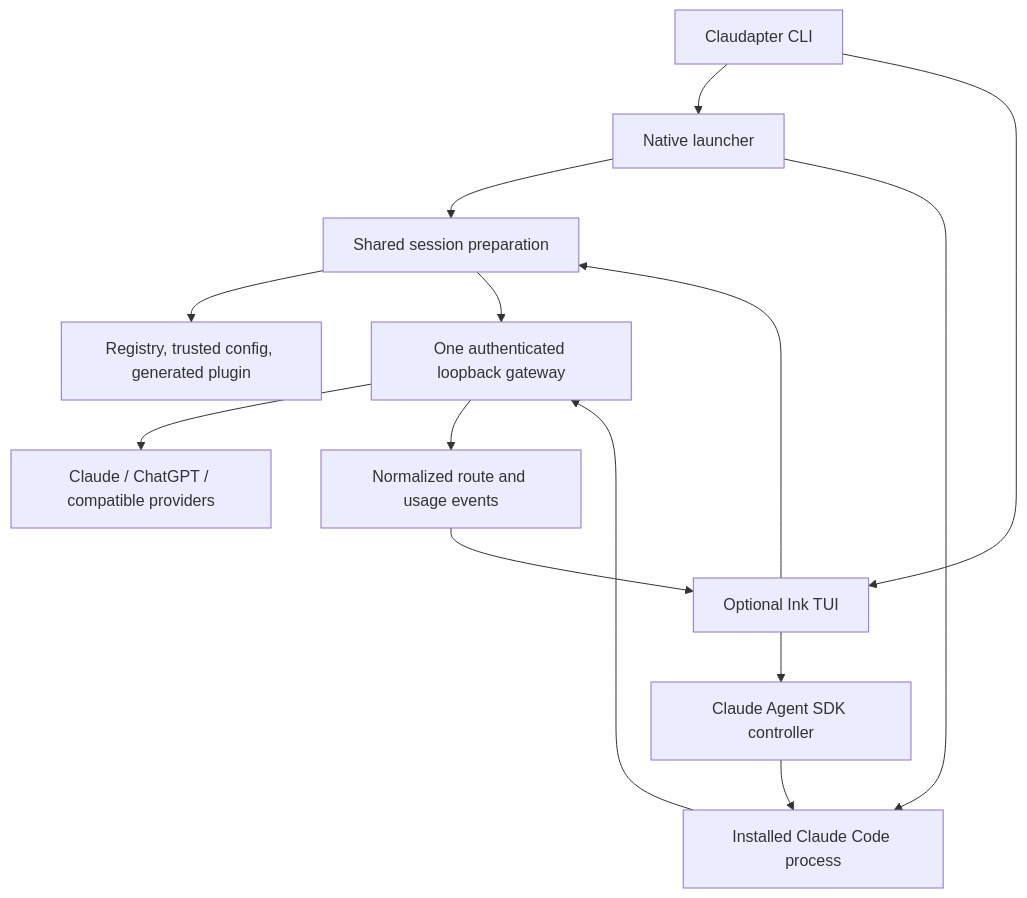
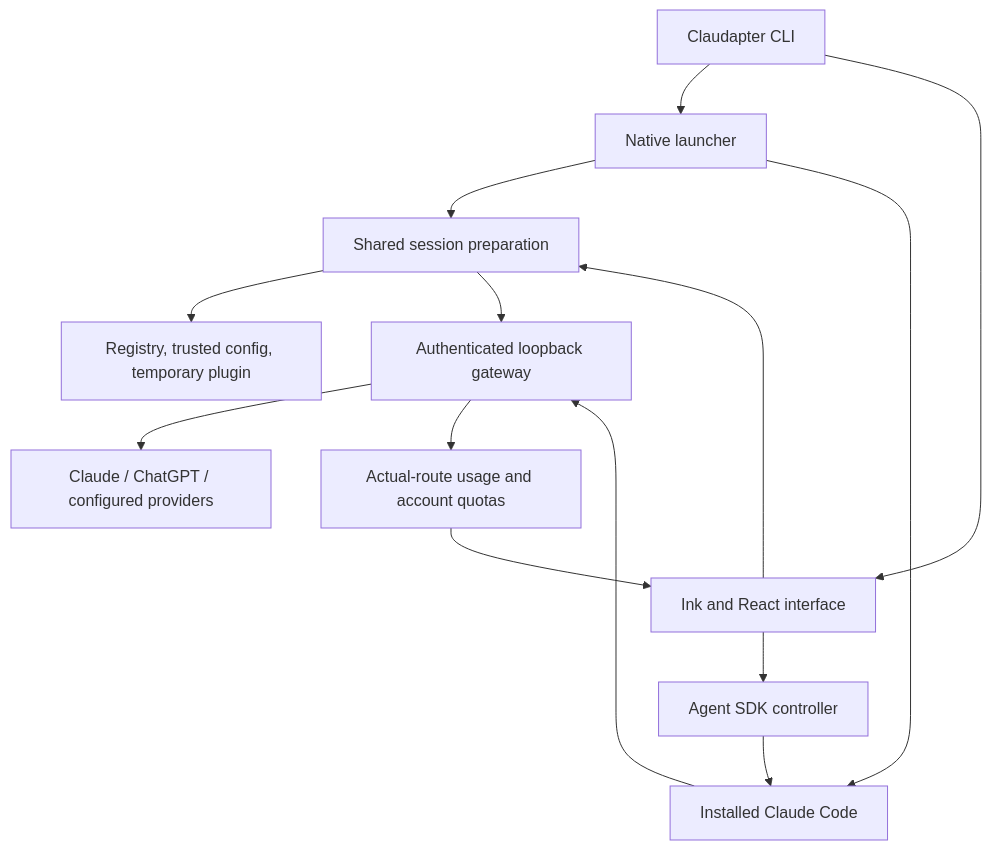
The diagram in docs/tui-concept.md (jonax1337/claudapter), drawn with Mermaid before and after one commit. The commit also changed other lines of this file and 55 other files, not shown here.

Commit message:
feat: add optional TUI, maximum context and provider usage

````diff
--- a/docs/tui-concept.md
+++ b/docs/tui-concept.md
@@ -141,16 +22,16 @@
 ```mermaid
 flowchart TD
   CLI[Claudapter CLI] --> Native[Native launcher]
-  CLI --> TUI[Optional Ink TUI]
+  CLI --> TUI[Ink and React interface]
   Native --> Session[Shared session preparation]
   TUI --> Session
-  TUI --> SDK[Claude Agent SDK controller]
-  Session --> Config[Registry, trusted config, generated plugin]
-  Session --> Gateway[One authenticated loopback gateway]
-  SDK --> Claude[Installed Claude Code process]
+  TUI --> SDK[Agent SDK controller]
+  Session --> Config[Registry, trusted config, temporary plugin]
+  Session --> Gateway[Authenticated loopback gateway]
+  SDK --> Claude[Installed Claude Code]
   Native --> Claude
   Claude --> Gateway
-  Gateway --> Providers[Claude / ChatGPT / compatible providers]
-  Gateway --> Metrics[Normalized route and usage events]
-  Metrics --> TUI
+  Gateway --> Providers[Claude / ChatGPT / configured providers]
+  Gateway --> Usage[Actual-route usage and account quotas]
+  Usage --> TUI
 ```
````
